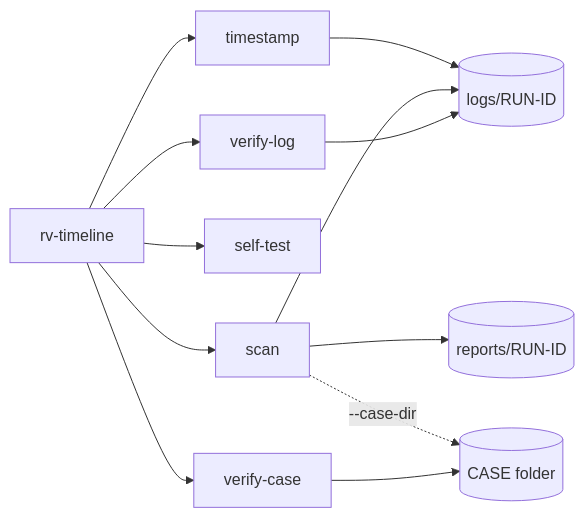
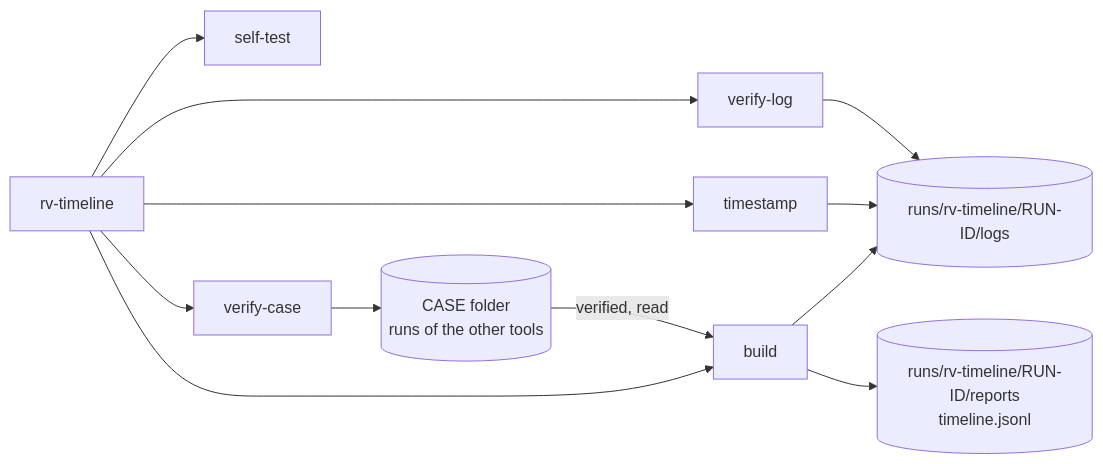
Before and after one commit to Panacota96/rv-timeline: the diagram in docs/usage-cli.md, drawn with Mermaid. The commit also changed other lines of this file and 984 other files, not shown here.

First line of the commit message:
feat: RV Timeline v0.1 — cited case timeline from the Rakvor tools' outputs (#3)

````diff
--- a/docs/usage-cli.md
+++ b/docs/usage-cli.md
@@ -5,14 +5,14 @@
 ```mermaid
 flowchart LR
-  A[rv-timeline] --> B[scan]
+  A[rv-timeline] --> B[build]
   A --> C[verify-log]
   A --> D[self-test]
   A --> T[timestamp]
   A --> V[verify-case]
+  K[(CASE folder<br/>runs of the other tools)] -- verified, read --> B
+  B --> E[(runs/rv-timeline/RUN-ID/logs)]
+  B --> F[(runs/rv-timeline/RUN-ID/reports<br/>timeline.jsonl)]
+  V --> K
   T --> E
-  B --> E[(logs/RUN-ID)]
-  B --> F[(reports/RUN-ID)]
-  B -. --case-dir .-> K[(CASE folder)]
-  V --> K
   C --> E
 ```
````
